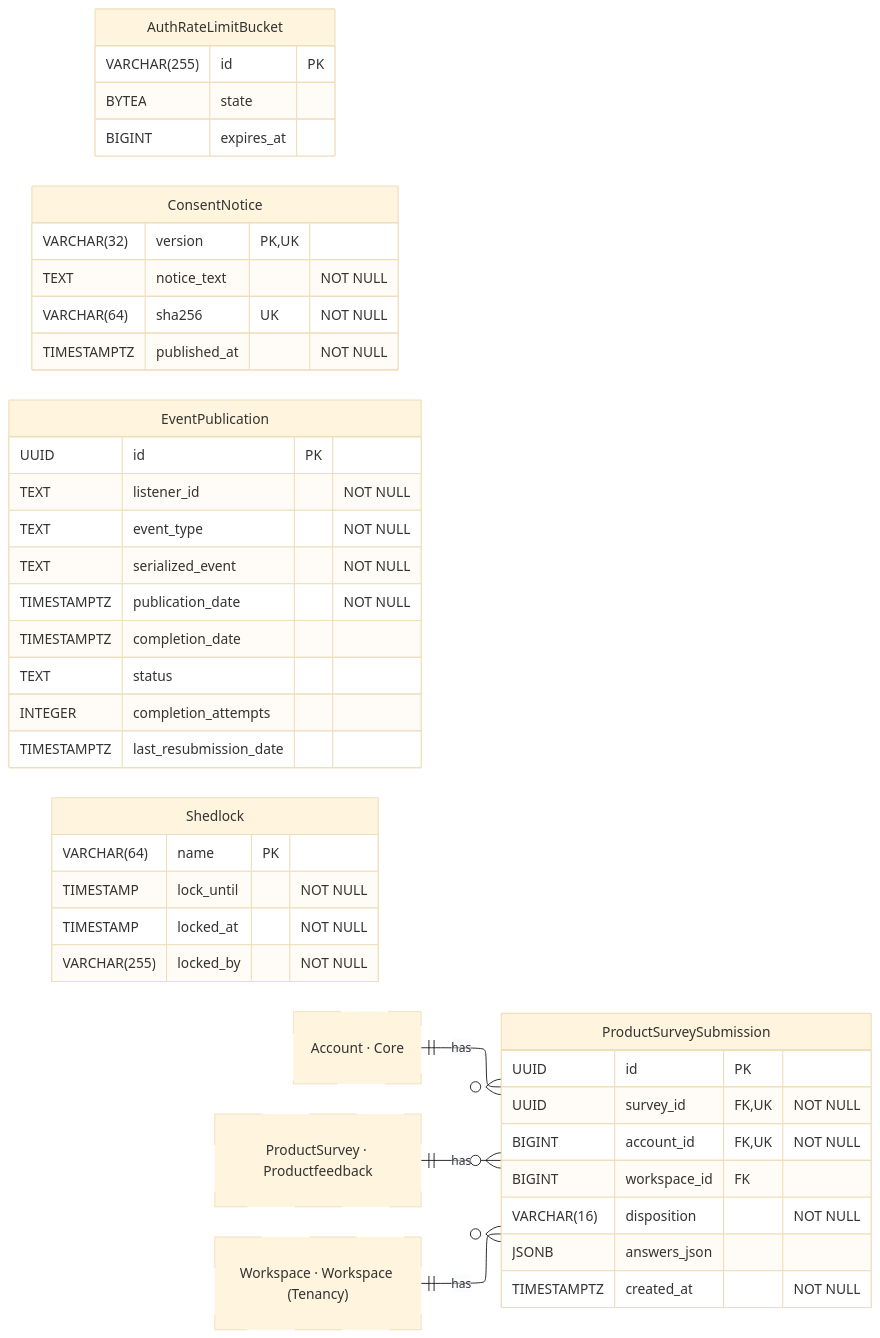
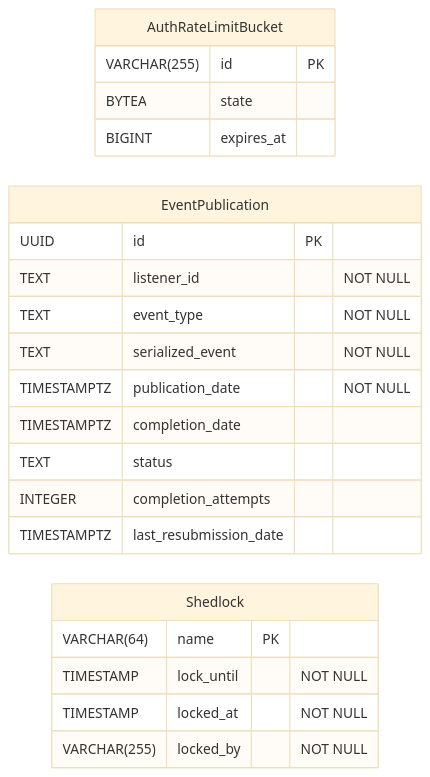
Before and after one commit to hephaestus-build/Hephaestus: the diagram in docs/contributor/erd/without-entity.mmd, drawn with Mermaid (base theme). The commit also changed 27 other files, not shown here.

```diff
--- a/docs/contributor/erd/without-entity.mmd
+++ b/docs/contributor/erd/without-entity.mmd
@@ -1,72 +1,42 @@
 ---
 config:
     layout: elk
 ---
 erDiagram
     %% Generated automatically from PostgreSQL database schema
     %% using scripts/generate-mermaid-erd.ts
     %% To regenerate: vp run db:generate-erd-docs
 
     direction LR
 
     AuthRateLimitBucket {
         VARCHAR(255) id PK
         BYTEA state
         BIGINT expires_at
     }
 
-    ConsentNotice {
-        VARCHAR(32) version PK,UK
-        TEXT notice_text "NOT NULL"
-        VARCHAR(64) sha256 UK "NOT NULL"
-        TIMESTAMPTZ published_at "NOT NULL"
-    }
-
     EventPublication {
         UUID id PK
         TEXT listener_id "NOT NULL"
         TEXT event_type "NOT NULL"
         TEXT serialized_event "NOT NULL"
         TIMESTAMPTZ publication_date "NOT NULL"
         TIMESTAMPTZ completion_date
         TEXT status
         INTEGER completion_attempts
         TIMESTAMPTZ last_resubmission_date
     }
 
-    ProductSurveySubmission {
-        UUID id PK
-        UUID survey_id FK,UK "NOT NULL"
-        BIGINT account_id FK,UK "NOT NULL"
-        BIGINT workspace_id FK
-        VARCHAR(16) disposition "NOT NULL"
-        JSONB answers_json
-        TIMESTAMPTZ created_at "NOT NULL"
-    }
-
     Shedlock {
         VARCHAR(64) name PK
         TIMESTAMP lock_until "NOT NULL"
         TIMESTAMP locked_at "NOT NULL"
         VARCHAR(255) locked_by "NOT NULL"
     }
 
-    Account["Account · Core"]
-    ProductSurvey["ProductSurvey · Productfeedback"]
-    Workspace["Workspace · Workspace (Tenancy)"]
-
     %% Relationships
-    %% One-to-Many relationships
-    Account ||--o{ ProductSurveySubmission : has
-    ProductSurvey ||--o{ ProductSurveySubmission : has
-    Workspace ||--o{ ProductSurveySubmission : has
-
     %% Styling
     classDef primaryEntity stroke:#0288d1,stroke-width:2px
     classDef associationEntity stroke:#8e24aa,stroke-width:2px
     classDef metadataEntity stroke:#43a047,stroke-width:2px
     classDef referenceEntity stroke-dasharray:5 5
-
-    class Account referenceEntity
-    class ProductSurvey referenceEntity
-    class Workspace referenceEntity
```
